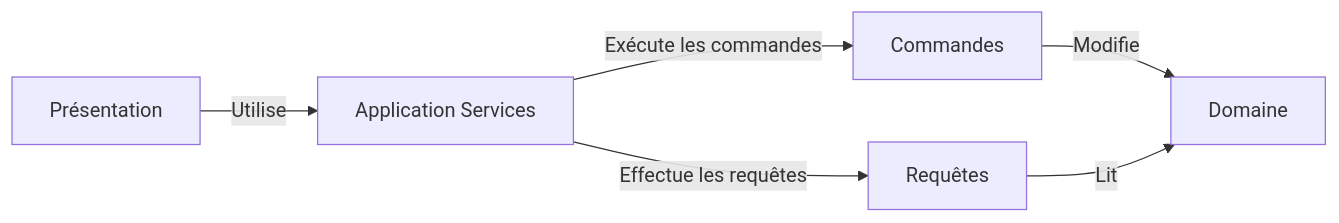
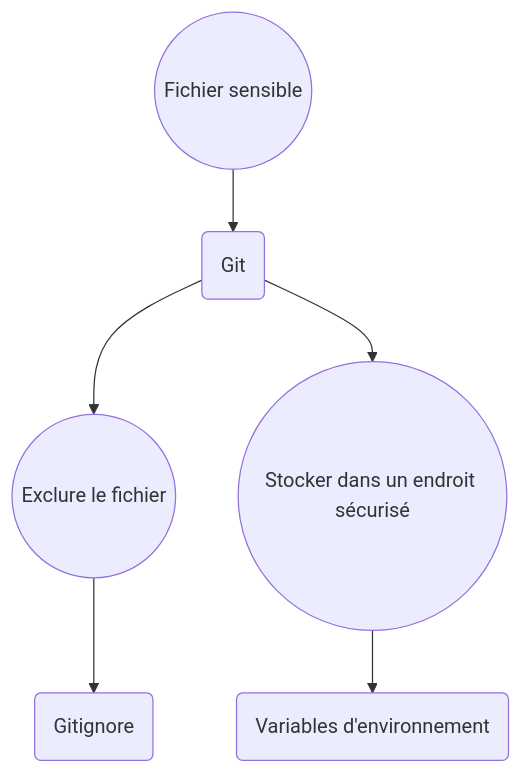
One commit to Tan-Software/bonnes-pratiques-git changed the eighth of 11 diagrams in README.md. Above: the diagram before and after it, drawn with Mermaid. The commit also changed other lines of this file, not shown here.

````diff
--- a/README.md
+++ b/README.md
@@ -641,8 +255,8 @@
 ```mermaid
-graph LR
-    A[Présentation] -- Utilise --> B[Application Services]
-    B -- Exécute les commandes --> C[Commandes]
-    B -- Effectue les requêtes --> D[Requêtes]
-    C -- Modifie --> E[Domaine]
-    D -- Lit --> E
+graph TD
+A((Fichier sensible)) --> B(Git)
+B --> C((Exclure le fichier))
+C --> D(Gitignore)
+B --> E((Stocker dans un endroit sécurisé))
+E --> F(Variables d'environnement)
 ```
````
